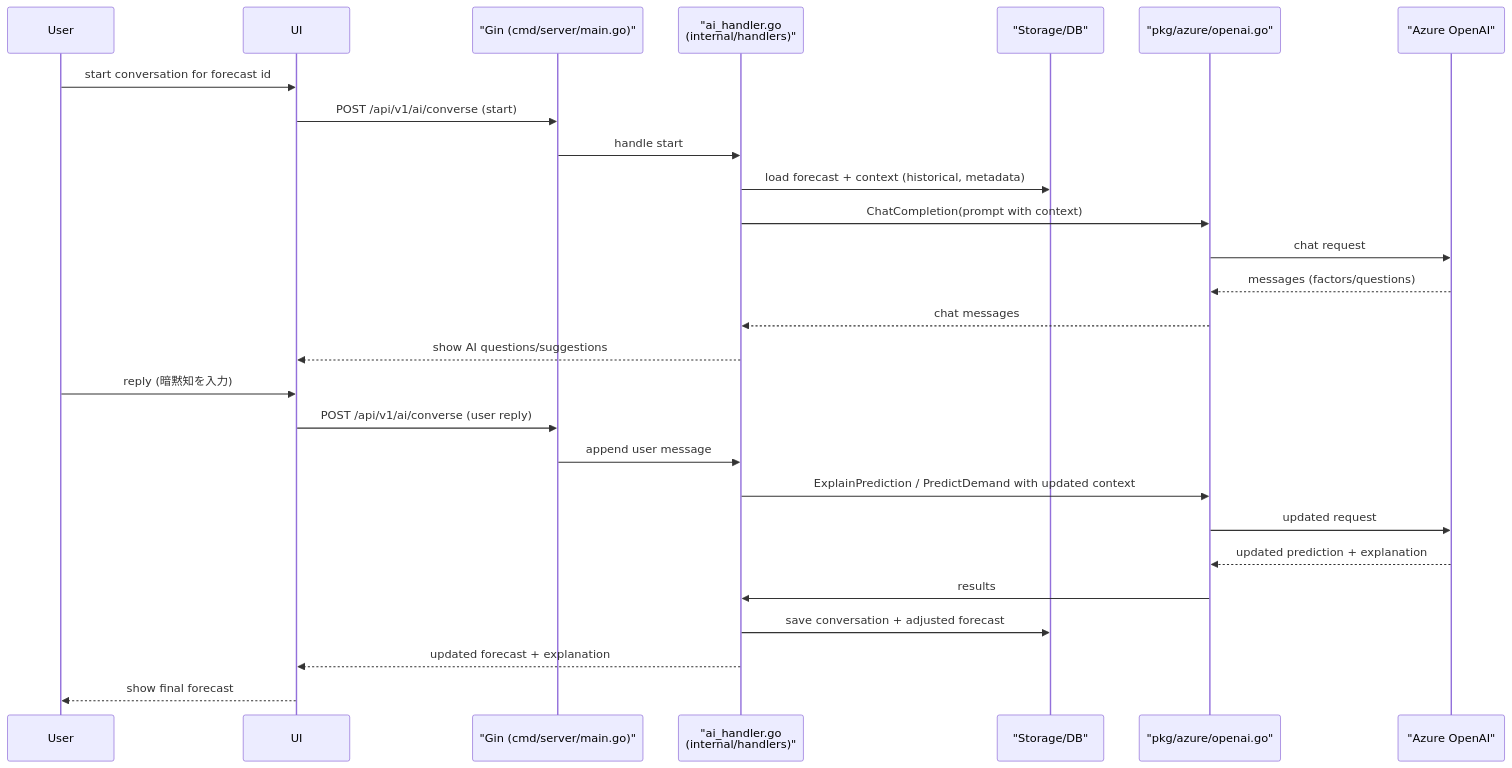
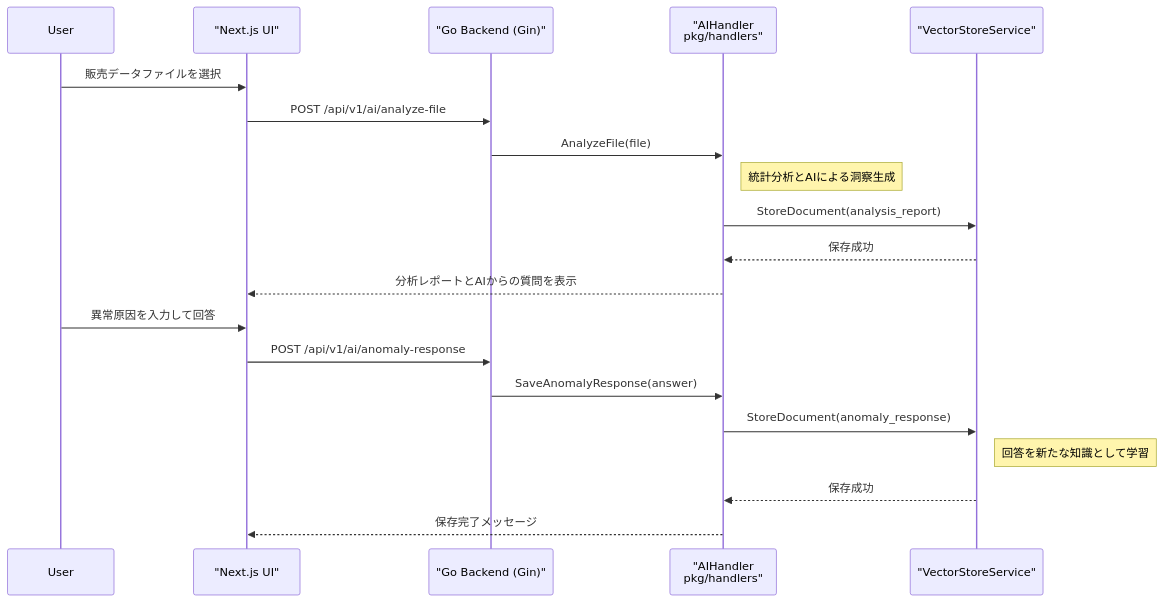
The third of 4 diagrams in UML.md (KairiGit/hunt-chat-api), drawn with Mermaid before and after one commit. The commit also changed other lines of this file and 1 other file, not shown here.

````diff
--- a/UML.md
+++ b/UML.md
@@ -54,30 +86,24 @@
 ```mermaid
 sequenceDiagram
     participant User
-    participant UI
-  participant Gin as "Gin (cmd/server/main.go)"
-  participant AIHandler as "ai_handler.go<br/>(internal/handlers)"
-    participant DB as "Storage/DB"
-    participant AzureClient as "pkg/azure/openai.go"
-    participant Azure as "Azure OpenAI"
+    participant UI as "Next.js UI"
+    participant Gin as "Go Backend (Gin)"
+    participant AIHandler as "AIHandler<br/>pkg/handlers"
+    participant VectorStore as "VectorStoreService"
 
-    User->>UI: start conversation for forecast id
-    UI->>Gin: POST /api/v1/ai/converse (start)
-    Gin->>AIHandler: handle start
-    AIHandler->>DB: load forecast + context (historical, metadata)
-    AIHandler->>AzureClient: ChatCompletion(prompt with context)
-    AzureClient->>Azure: chat request
-    Azure-->>AzureClient: messages (factors/questions)
-    AzureClient-->>AIHandler: chat messages
-    AIHandler-->>UI: show AI questions/suggestions
-    User->>UI: reply (暗黙知を入力)
-    UI->>Gin: POST /api/v1/ai/converse (user reply)
-    Gin->>AIHandler: append user message
-    AIHandler->>AzureClient: ExplainPrediction / PredictDemand with updated context
-    AzureClient->>Azure: updated request
-    Azure-->>AzureClient: updated prediction + explanation
-    AzureClient->>AIHandler: results
-    AIHandler->>DB: save conversation + adjusted forecast
-    AIHandler-->>UI: updated forecast + explanation
-    UI-->>User: show final forecast
+    User->>UI: 販売データファイルを選択
+    UI->>Gin: POST /api/v1/ai/analyze-file
+    Gin->>AIHandler: AnalyzeFile(file)
+    note right of AIHandler: 統計分析とAIによる洞察生成
+    AIHandler->>VectorStore: StoreDocument(analysis_report)
+    VectorStore-->>AIHandler: 保存成功
+    AIHandler-->>UI: 分析レポートとAIからの質問を表示
+
+    User->>UI: 異常原因を入力して回答
+    UI->>Gin: POST /api/v1/ai/anomaly-response
+    Gin->>AIHandler: SaveAnomalyResponse(answer)
+    AIHandler->>VectorStore: StoreDocument(anomaly_response)
+    note right of VectorStore: 回答を新たな知識として学習
+    VectorStore-->>AIHandler: 保存成功
+    AIHandler-->>UI: 保存完了メッセージ
 ```
````
